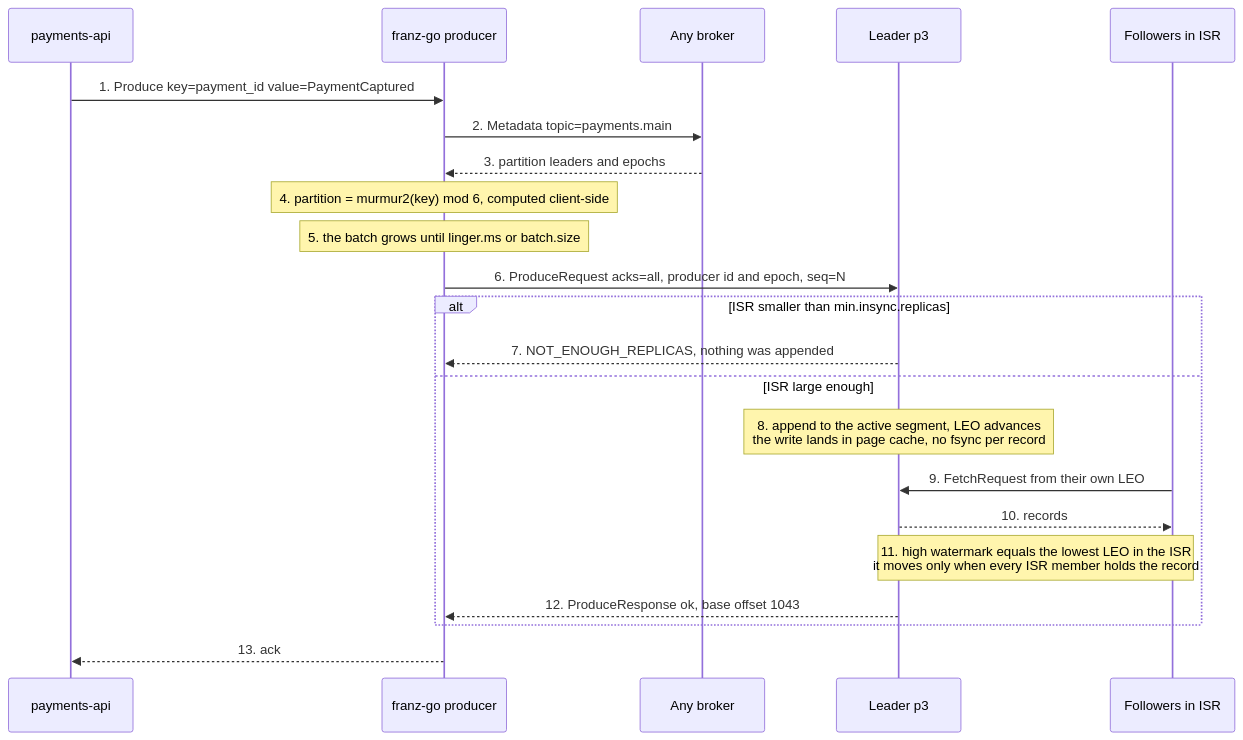
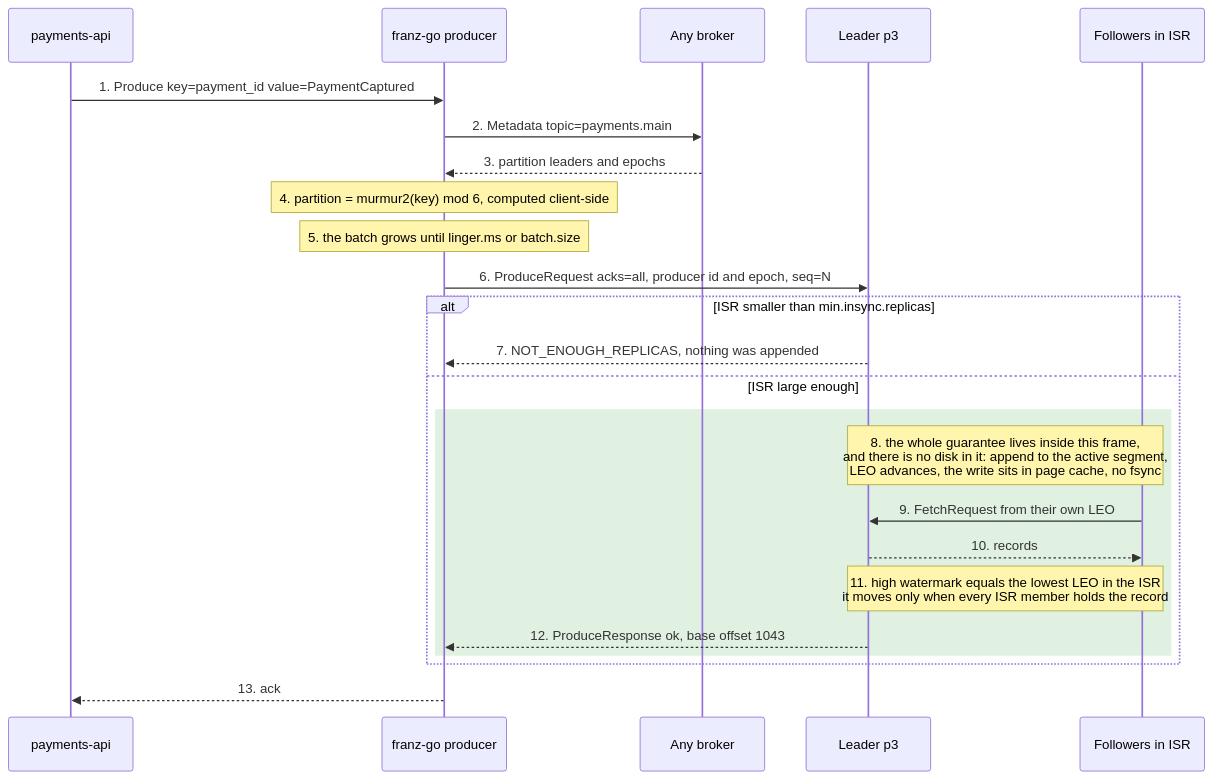
The diagram in docs/static/01-write-path.md (DmytroLysenko1/Kafka-lab), drawn with Mermaid before and after one commit. The commit also changed other lines of this file and 10 other files, not shown here.

Commit message:
drew the boundary in every diagram instead of captioning it

````diff
--- a/docs/static/01-write-path.md
+++ b/docs/static/01-write-path.md
@@ -8,28 +8,30 @@
 ```mermaid
 sequenceDiagram
     participant App as payments-api
     participant P as franz-go producer
     participant B as Any broker
     participant L as Leader p3
     participant F as Followers in ISR
 
     App->>P: 1. Produce key=payment_id value=PaymentCaptured
     P->>B: 2. Metadata topic=payments.main
     B-->>P: 3. partition leaders and epochs
     Note over P: 4. partition = murmur2(key) mod 6, computed client-side
     Note over P: 5. the batch grows until linger.ms or batch.size
 
     P->>L: 6. ProduceRequest acks=all, producer id and epoch, seq=N
 
     alt ISR smaller than min.insync.replicas
         L-->>P: 7. NOT_ENOUGH_REPLICAS, nothing was appended
     else ISR large enough
-        Note over L: 8. append to the active segment, LEO advances<br/>the write lands in page cache, no fsync per record
-        F->>L: 9. FetchRequest from their own LEO
-        L-->>F: 10. records
-        Note over L,F: 11. high watermark equals the lowest LEO in the ISR<br/>it moves only when every ISR member holds the record
-        L-->>P: 12. ProduceResponse ok, base offset 1043
+        rect rgba(67, 160, 71, 0.16)
+            Note over L,F: 8. the whole guarantee lives inside this frame,<br/>and there is no disk in it: append to the active segment,<br/>LEO advances, the write sits in page cache, no fsync
+            F->>L: 9. FetchRequest from their own LEO
+            L-->>F: 10. records
+            Note over L,F: 11. high watermark equals the lowest LEO in the ISR<br/>it moves only when every ISR member holds the record
+            L-->>P: 12. ProduceResponse ok, base offset 1043
+        end
     end
 
     P-->>App: 13. ack
 ```
````
